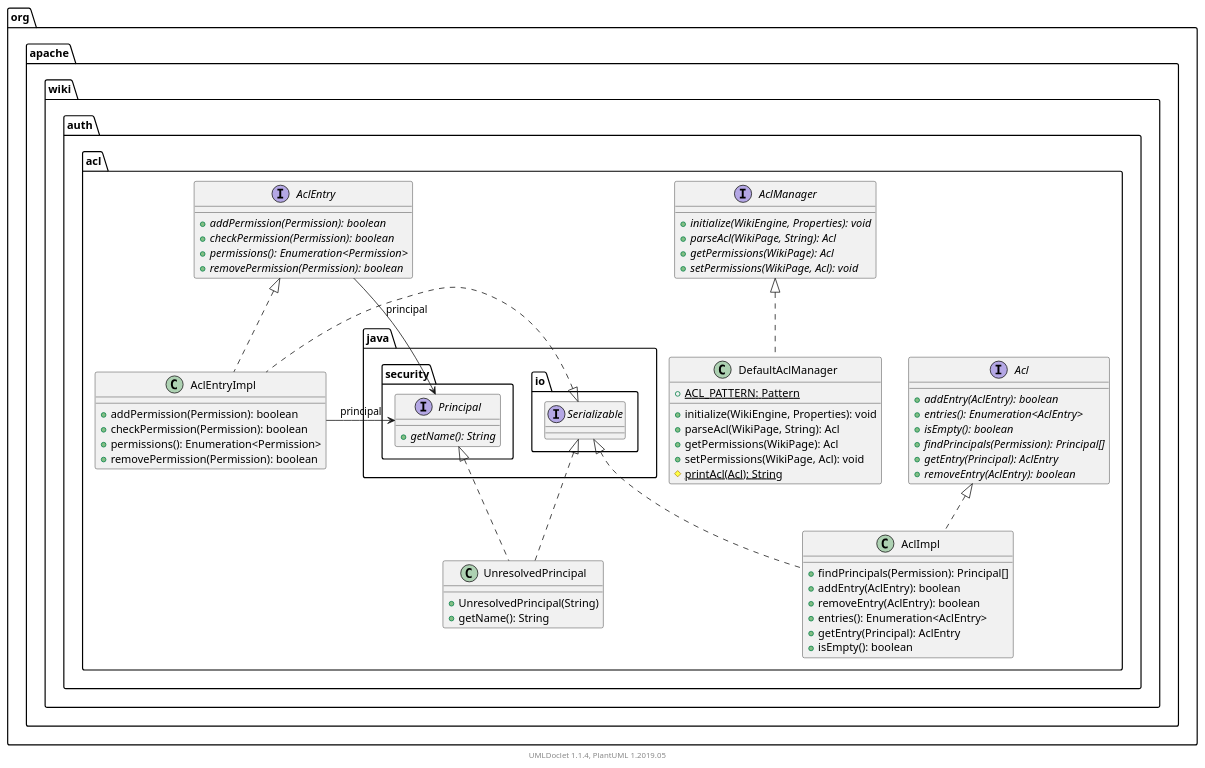
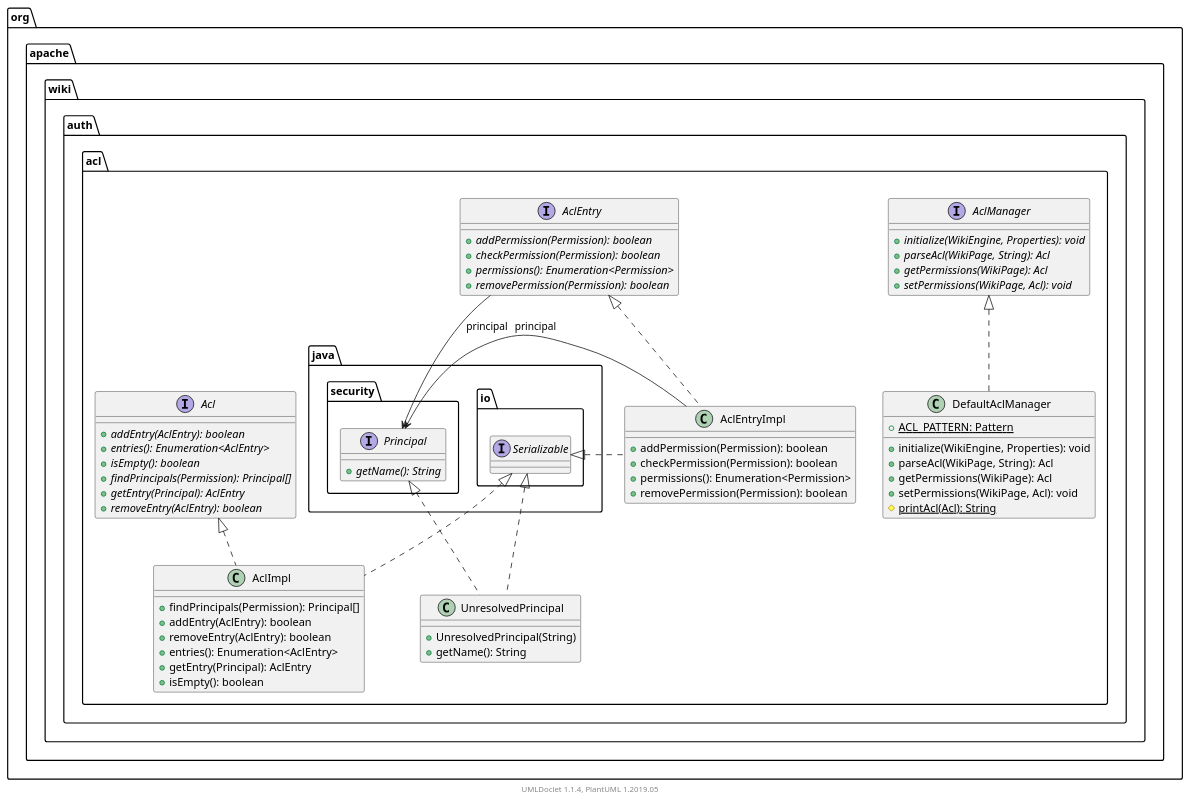
The diagram in apidocs/2.11.0.M7-SNAPSHOT/org/apache/wiki/auth/acl/package.puml (apache/jspwiki-site), drawn with PlantUML before and after one commit. The commit also changed other lines of this file and 1587 other files, not shown here.

```diff
--- a/apidocs/2.11.0.M7-SNAPSHOT/org/apache/wiki/auth/acl/package.puml
+++ b/apidocs/2.11.0.M7-SNAPSHOT/org/apache/wiki/auth/acl/package.puml
@@ -1,84 +1,84 @@
 @startuml
 
     namespace org.apache.wiki.auth.acl {
 
+        class AclEntryImpl [[AclEntryImpl.html]] {
+            +addPermission(Permission): boolean
+            +checkPermission(Permission): boolean
+            +permissions(): Enumeration<Permission>
+            +removePermission(Permission): boolean
+        }
+
         class UnresolvedPrincipal [[UnresolvedPrincipal.html]] {
             +UnresolvedPrincipal(String)
             +getName(): String
+        }
+
+        class AclImpl [[AclImpl.html]] {
+            +findPrincipals(Permission): Principal[]
+            +addEntry(AclEntry): boolean
+            +removeEntry(AclEntry): boolean
+            +entries(): Enumeration<AclEntry>
+            +getEntry(Principal): AclEntry
+            +isEmpty(): boolean
+        }
+
+        interface AclManager [[AclManager.html]] {
+            {abstract} +initialize(WikiEngine, Properties): void
+            {abstract} +parseAcl(WikiPage, String): Acl
+            {abstract} +getPermissions(WikiPage): Acl
+            {abstract} +setPermissions(WikiPage, Acl): void
+        }
+
+        interface AclEntry [[AclEntry.html]] {
+            {abstract} +addPermission(Permission): boolean
+            {abstract} +checkPermission(Permission): boolean
+            {abstract} +permissions(): Enumeration<Permission>
+            {abstract} +removePermission(Permission): boolean
         }
 
         interface Acl [[Acl.html]] {
             {abstract} +addEntry(AclEntry): boolean
             {abstract} +entries(): Enumeration<AclEntry>
             {abstract} +isEmpty(): boolean
             {abstract} +findPrincipals(Permission): Principal[]
             {abstract} +getEntry(Principal): AclEntry
             {abstract} +removeEntry(AclEntry): boolean
         }
 
         class DefaultAclManager [[DefaultAclManager.html]] {
             {static} +ACL_PATTERN: Pattern
             +initialize(WikiEngine, Properties): void
             +parseAcl(WikiPage, String): Acl
             +getPermissions(WikiPage): Acl
             +setPermissions(WikiPage, Acl): void
             {static} #printAcl(Acl): String
         }
 
-        interface AclManager [[AclManager.html]] {
-            {abstract} +initialize(WikiEngine, Properties): void
-            {abstract} +parseAcl(WikiPage, String): Acl
-            {abstract} +getPermissions(WikiPage): Acl
-            {abstract} +setPermissions(WikiPage, Acl): void
-        }
+        AclEntry <|.. AclEntryImpl
 
-        class AclEntryImpl [[AclEntryImpl.html]] {
-            +addPermission(Permission): boolean
-            +checkPermission(Permission): boolean
-            +permissions(): Enumeration<Permission>
-            +removePermission(Permission): boolean
-        }
-
-        class AclImpl [[AclImpl.html]] {
-            +findPrincipals(Permission): Principal[]
-            +addEntry(AclEntry): boolean
-            +removeEntry(AclEntry): boolean
-            +entries(): Enumeration<AclEntry>
-            +getEntry(Principal): AclEntry
-            +isEmpty(): boolean
-        }
-
-        interface AclEntry [[AclEntry.html]] {
-            {abstract} +addPermission(Permission): boolean
-            {abstract} +checkPermission(Permission): boolean
-            {abstract} +permissions(): Enumeration<Permission>
-            {abstract} +removePermission(Permission): boolean
-        }
+        interface java.io.Serializable
+        java.io.Serializable <|.. AclEntryImpl
 
         interface java.security.Principal {
             {abstract} +getName(): String
         }
         java.security.Principal <|.. UnresolvedPrincipal
 
-        interface java.io.Serializable
         java.io.Serializable <|.. UnresolvedPrincipal
-
-        AclManager <|.. DefaultAclManager
-
-        AclEntry <|.. AclEntryImpl
-
-        java.io.Serializable <|.. AclEntryImpl
 
         Acl <|.. AclImpl
 
         java.io.Serializable <|.. AclImpl
+
+        AclManager <|.. DefaultAclManager
 
         AclEntryImpl --> java.security.Principal: principal
 
         AclEntry --> java.security.Principal: principal
 
     }
 
 
     center footer UMLDoclet 1.1.4, PlantUML 1.2019.05
 @enduml
```
